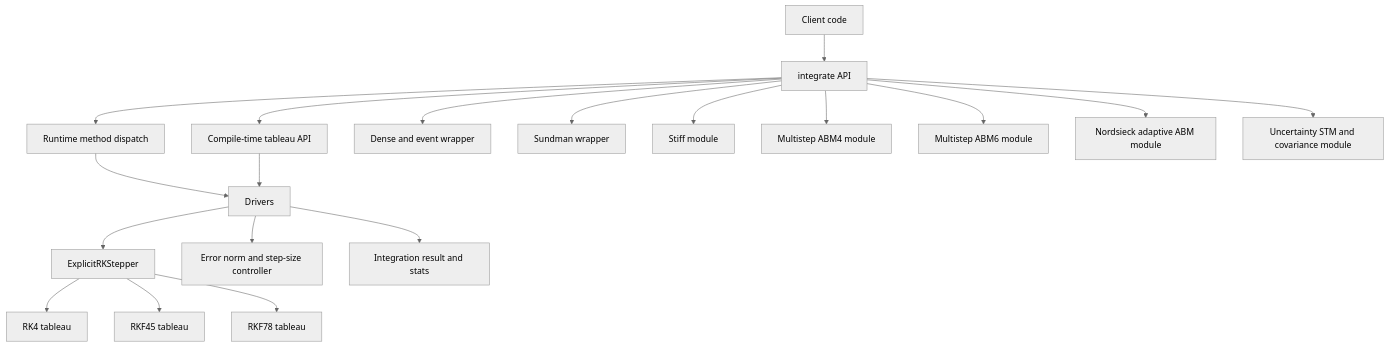
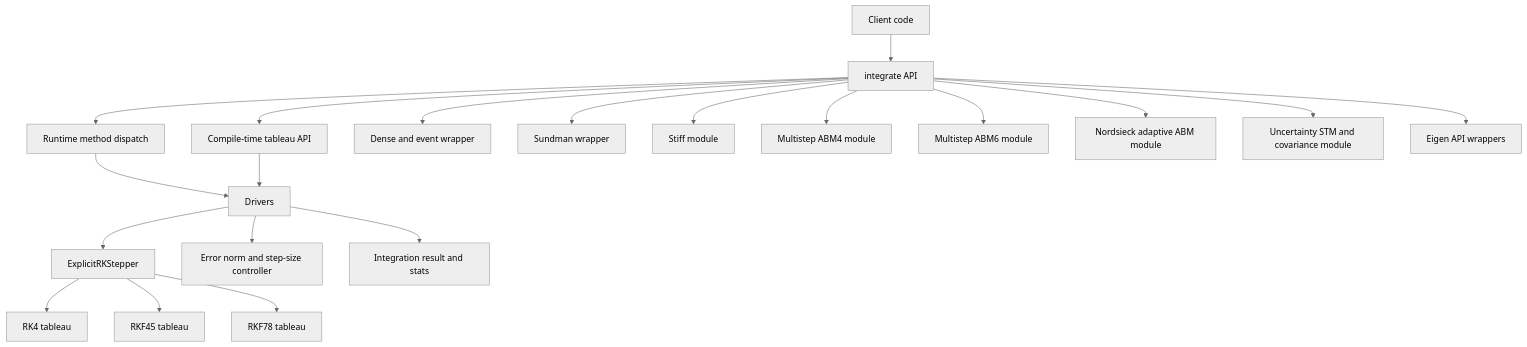
Before and after one commit to watsonryan/orbitIntegrator: the diagram in README.md, drawn with Mermaid (neutral theme). The commit also changed other lines of this file, not shown here.

Commit message:
Document Eigen 5 integration and usage path

````diff
--- a/README.md
+++ b/README.md
@@ -21,21 +22,22 @@
 ```mermaid
 flowchart TD
   A[Client code] --> B[integrate API]
   B --> C[Runtime method dispatch]
   B --> D[Compile-time tableau API]
   C --> E[Drivers]
   D --> E
   E --> F[ExplicitRKStepper]
   F --> G[RK4 tableau]
   F --> H[RKF45 tableau]
   F --> I[RKF78 tableau]
   E --> J[Error norm and step-size controller]
   E --> K[Integration result and stats]
   B --> L[Dense and event wrapper]
   B --> M[Sundman wrapper]
   B --> N[Stiff module]
   B --> O[Multistep ABM4 module]
   B --> P[Multistep ABM6 module]
   B --> Q[Nordsieck adaptive ABM module]
   B --> R[Uncertainty STM and covariance module]
+  B --> S[Eigen API wrappers]
 ```
````
